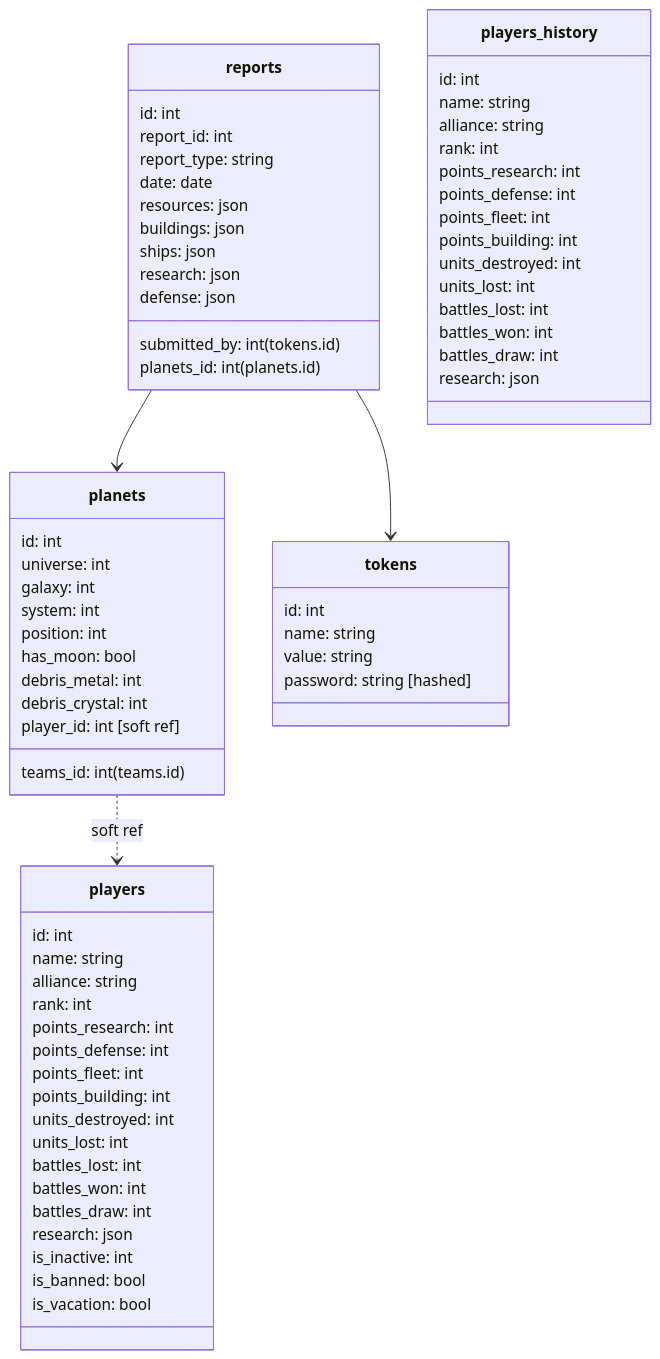
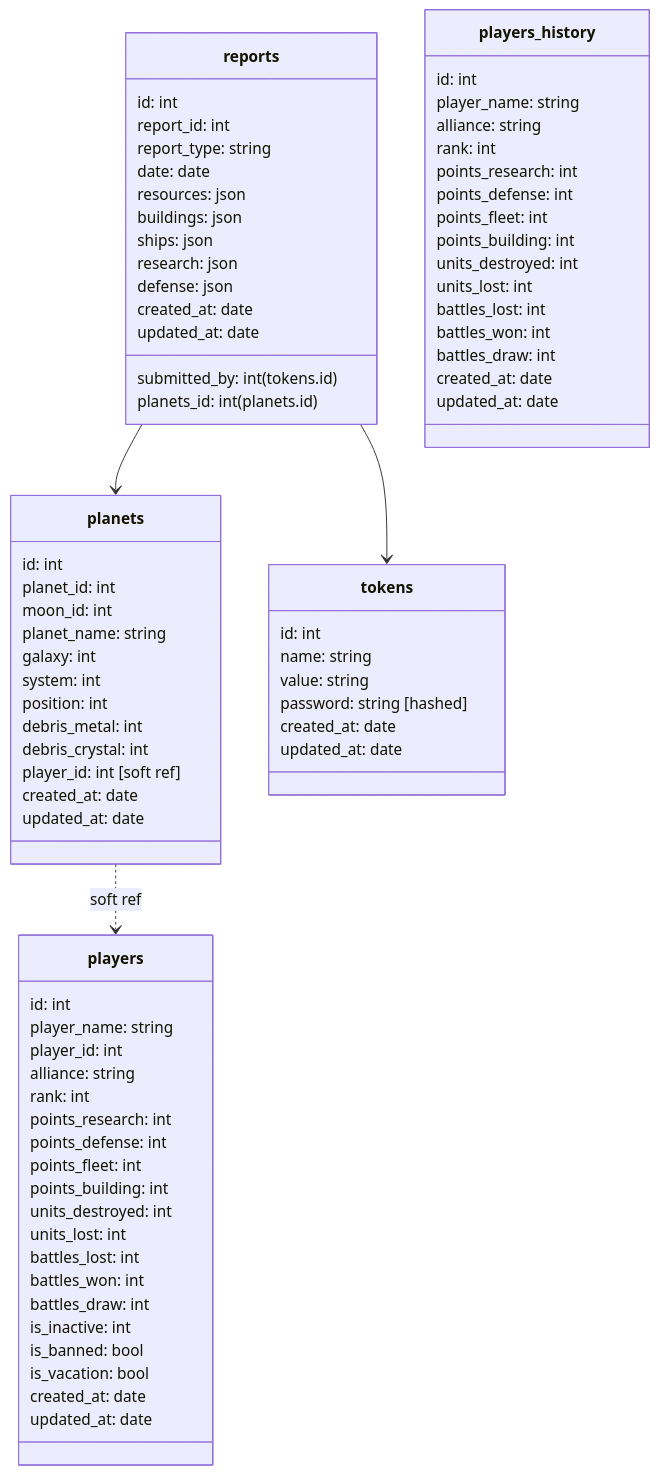
The diagram in readme.md (anoff/teamview), drawn with Mermaid before and after one commit. The commit also changed 7 other files, not shown here.

````diff
--- a/readme.md
+++ b/readme.md
@@ -48,73 +48,82 @@
 ```mermaid
 classDiagram
   planets ..> players: soft ref
   reports --> planets
   reports --> tokens
 
   class tokens {
     id: int
     name: string
     value: string
     password: string [hashed]
+    created_at: date
+    updated_at: date
   }
   class planets {
     id: int
-    universe: int
+    planet_id: int
+    moon_id: int
+    planet_name: string
     galaxy: int
     system: int
     position: int
-    has_moon: bool
     debris_metal: int
     debris_crystal: int
-    teams_id: int (teams.id)
     player_id: int [soft ref]
+    created_at: date
+    updated_at: date
   }
   class reports {
     id: int
     report_id: int
     report_type: string
     date: date
     resources: json
     buildings: json
     ships: json
     research: json
     defense: json
     submitted_by: int (tokens.id)
     planets_id: int (planets.id)
+    created_at: date
+    updated_at: date
   }
   class players {
     id: int
-    name: string
+    player_name: string
+    player_id: int
     alliance: string
     rank: int
     points_research: int
     points_defense: int
     points_fleet: int
     points_building: int
     units_destroyed: int
     units_lost: int
     battles_lost: int
     battles_won: int
     battles_draw: int
-    research: json
     is_inactive: int
     is_banned: bool
     is_vacation: bool
+    created_at: date
+    updated_at: date
   }
   class players_history {
     id: int
-    name: string
+    player_name: string
     alliance: string
     rank: int
     points_research: int
     points_defense: int
     points_fleet: int
     points_building: int
     units_destroyed: int
     units_lost: int
     battles_lost: int
     battles_won: int
     battles_draw: int
-    research: json
+    created_at: date
+    updated_at: date
   }
 ```
````
